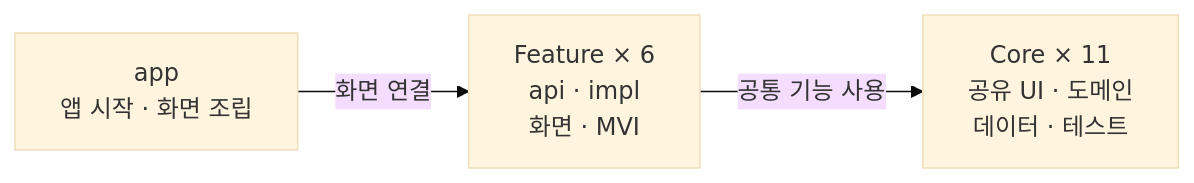
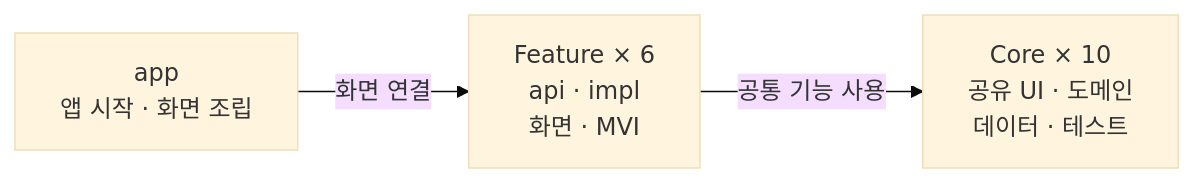
One commit to Momentwo/Momentwo changed the first of 2 diagrams in README.md. Above: the diagram before and after it, drawn with Mermaid (base theme). The commit also changed other lines of this file and 10 other files, not shown here.

````diff
--- a/README.md
+++ b/README.md
@@ -254,9 +254,9 @@
 ```mermaid
 flowchart LR
     app["app<br/>앱 시작 · 화면 조립"]
     feature["Feature × 6<br/>api · impl<br/>화면 · MVI"]
-    core["Core × 11<br/>공유 UI · 도메인<br/>데이터 · 테스트"]
+    core["Core × 10<br/>공유 UI · 도메인<br/>데이터 · 테스트"]
 
     app -->|"화면 연결"| feature
     feature -->|"공통 기능 사용"| core
 ```
````
